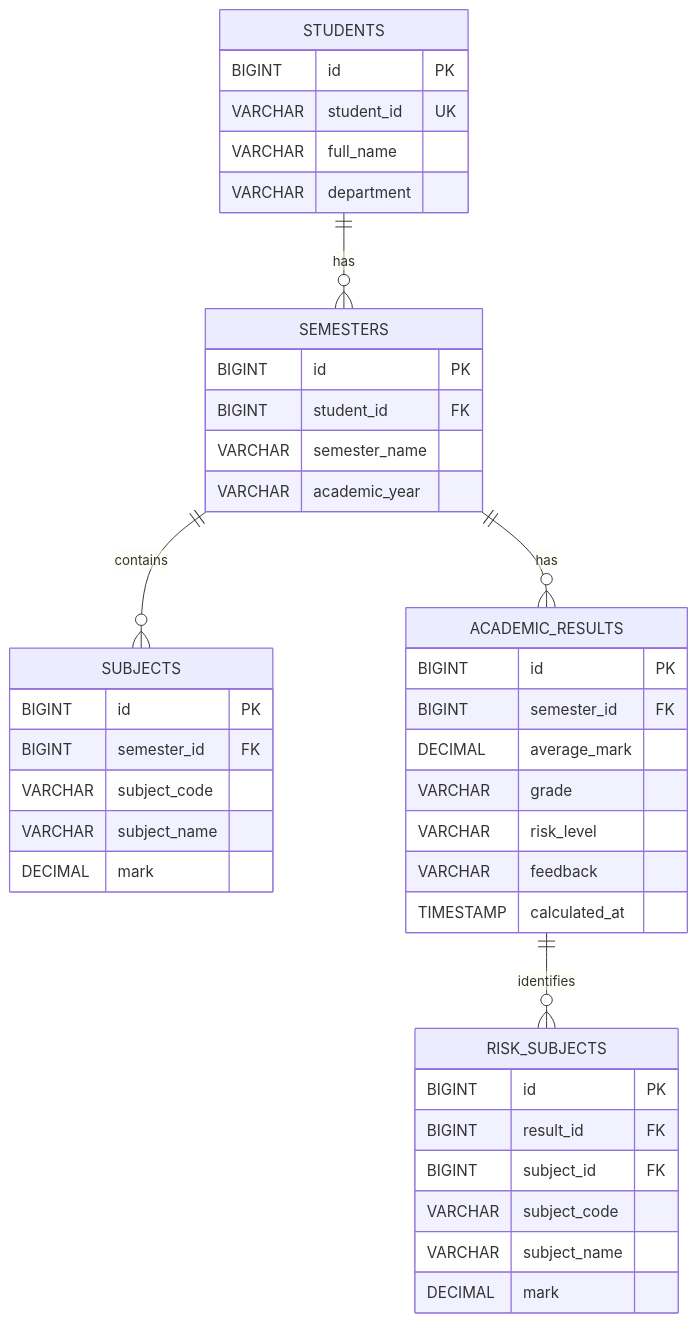
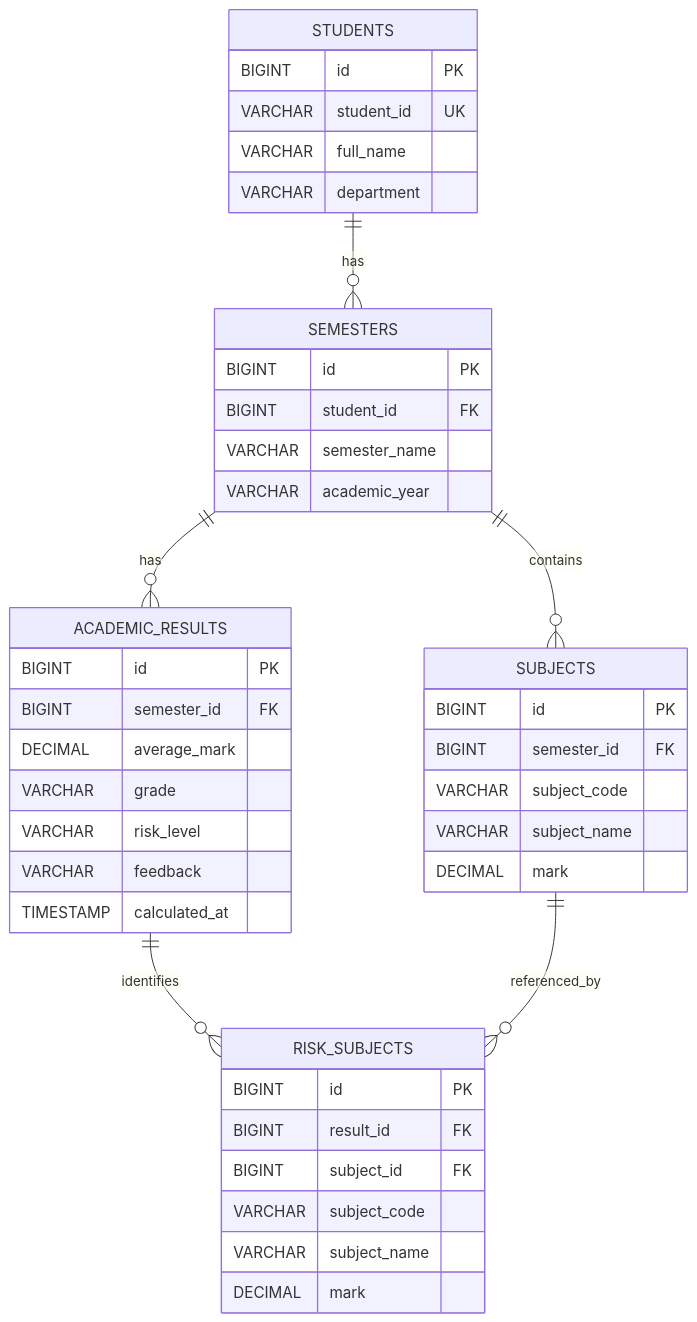
One commit to khaingminhtun/academic-survival-system changed the third of 3 diagrams in README.md. Above: the diagram before and after it, drawn with Mermaid. The commit also changed other lines of this file, not shown here.

````diff
--- a/README.md
+++ b/README.md
@@ -244,85 +164,49 @@
 ```mermaid
+erDiagram
+    STUDENTS ||--o{ SEMESTERS : has
+    SEMESTERS ||--o{ SUBJECTS : contains
+    SEMESTERS ||--o{ ACADEMIC_RESULTS : has
+    ACADEMIC_RESULTS ||--o{ RISK_SUBJECTS : identifies
+    SUBJECTS ||--o{ RISK_SUBJECTS : referenced_by
 
-erDiagram
+    STUDENTS {
+        BIGINT id PK
+        VARCHAR student_id UK
+        VARCHAR full_name
+        VARCHAR department
+    }
 
-    STUDENTS ||--o{ SEMESTERS : "has"
+    SEMESTERS {
+        BIGINT id PK
+        BIGINT student_id FK
+        VARCHAR semester_name
+        VARCHAR academic_year
+    }
 
-    SEMESTERS ||--o{ SUBJECTS : "contains"
+    SUBJECTS {
+        BIGINT id PK
+        BIGINT semester_id FK
+        VARCHAR subject_code
+        VARCHAR subject_name
+        DECIMAL mark
+    }
 
-    SEMESTERS ||--o{ ACADEMIC_RESULTS : "has"
+    ACADEMIC_RESULTS {
+        BIGINT id PK
+        BIGINT semester_id FK
+        DECIMAL average_mark
+        VARCHAR grade
+        VARCHAR risk_level
+        VARCHAR feedback
+        TIMESTAMP calculated_at
+    }
 
-    ACADEMIC_RESULTS ||--o{ RISK_SUBJECTS : "identifies"
-
-    STUDENTS {
-
-        BIGINT id PK
-
-        VARCHAR student_id UK
-
-        VARCHAR full_name
-
-        VARCHAR department
-
-    }
-
-    SEMESTERS {
-
-        BIGINT id PK
-
-        BIGINT student_id FK
-
-        VARCHAR semester_name
-
-        VARCHAR academic_year
-
-    }
-
-    SUBJECTS {
-
-        BIGINT id PK
-
-        BIGINT semester_id FK
-
-        VARCHAR subject_code
-
-        VARCHAR subject_name
-
-        DECIMAL mark
-
-    }
-
-    ACADEMIC_RESULTS {
-
-        BIGINT id PK
-
-        BIGINT semester_id FK
-
-        DECIMAL average_mark
-
-        VARCHAR grade
-
-        VARCHAR risk_level
-
-        VARCHAR feedback
-
-        TIMESTAMP calculated_at
-
-    }
-
-    RISK_SUBJECTS {
-
-        BIGINT id PK
-
-        BIGINT result_id FK
-
-        BIGINT subject_id FK
-
-        VARCHAR subject_code
-
-        VARCHAR subject_name
-
-        DECIMAL mark
-
-    }
-
+    RISK_SUBJECTS {
+        BIGINT id PK
+        BIGINT result_id FK
+        BIGINT subject_id FK
+        VARCHAR subject_code
+        VARCHAR subject_name
+        DECIMAL mark
+    }
 ```
````
